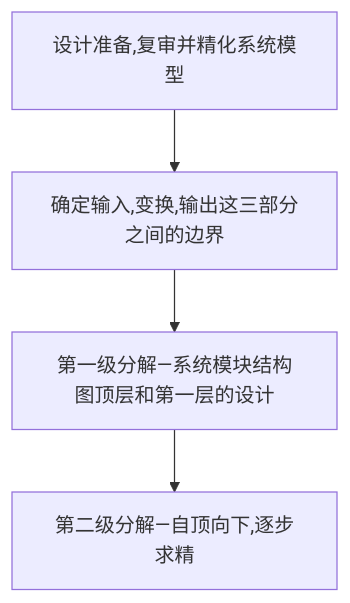
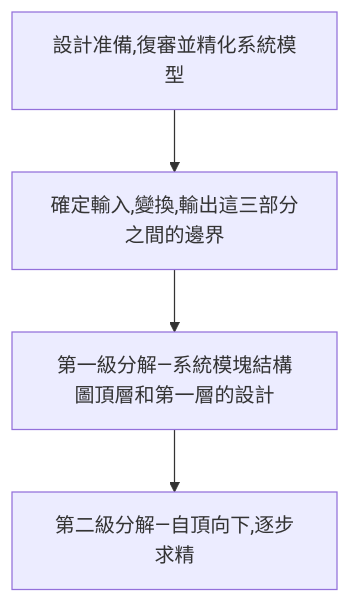
One commit to chchoiw/chchoiw.github.io changed the sixth of 7 diagrams in _posts/2022-07-04-02333-software_engineer.md. Above: the diagram before and after it, drawn with Mermaid. The commit also changed other lines of this file, not shown here.

````diff
--- a/_posts/2022-07-04-02333-software_engineer.md
+++ b/_posts/2022-07-04-02333-software_engineer.md
@@ -374,11 +374,11 @@
   ```mermaid
   graph TB
-  id1[设计准备,复审并精化系统模型]
-  id2[确定输入,变换,输出这三部分之间的边界]
-  id3[第一级分解—系统模块结构图顶层和第一层的设计]
-  id4[第二级分解—自顶向下,逐步求精]
+  id1[設計准備,復審並精化系統模型]
+  id2[確定輸入,變換,輸出這三部分之間的邊界]
+  id3[第一級分解—系統模塊結構圖頂層和第一層的設計]
+  id4[第二級分解—自頂向下,逐步求精]
   id1-->id2
   id2-->id3
   id3-->id4
 
   ```
````
